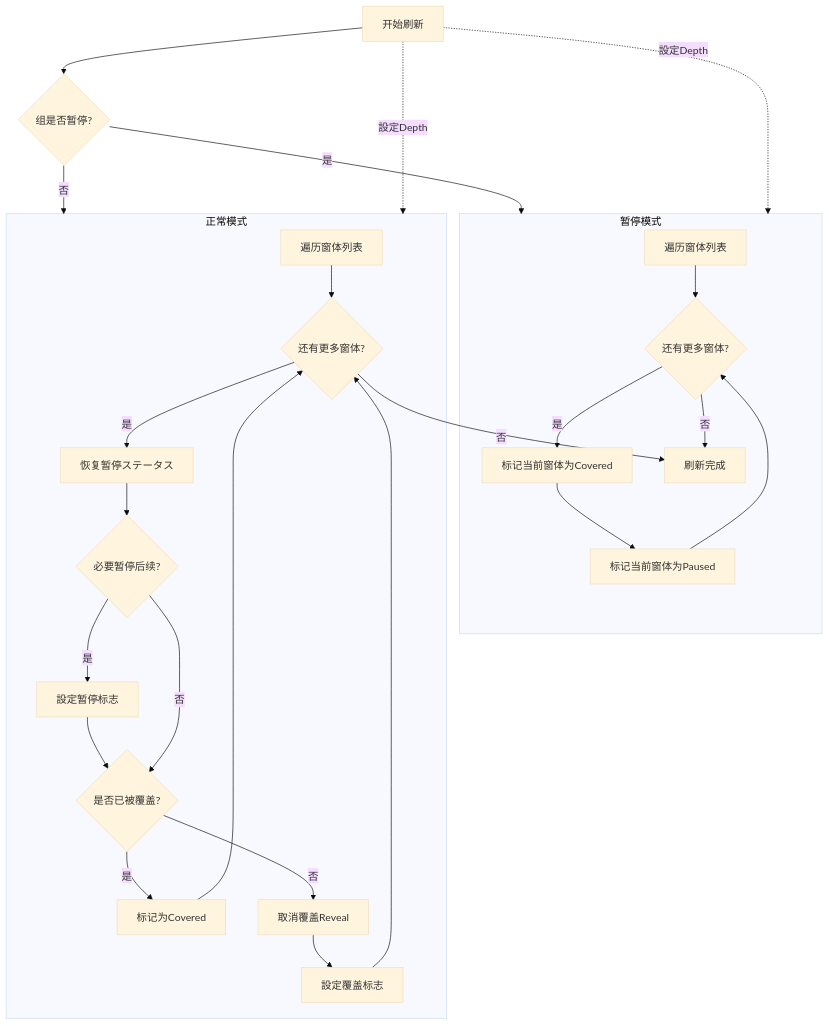
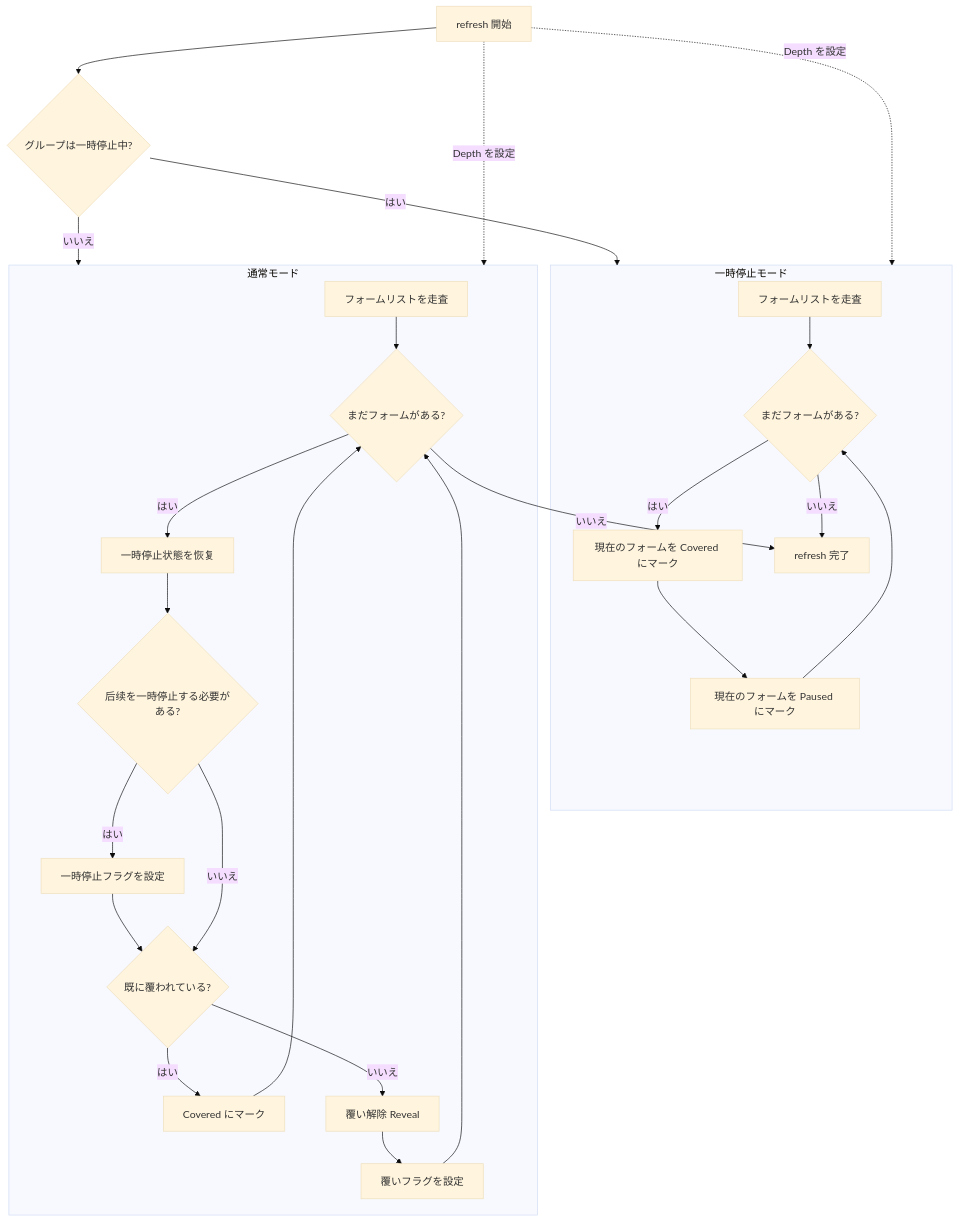
The fourth of 4 diagrams in docs/ja/client/unity/component/ui/07.ui-group.md (AlianBlank/GameFrameX.Docs), drawn with Mermaid (base theme) before and after one commit. The commit also changed other lines of this file and 320 other files, not shown here.

````diff
--- a/docs/ja/client/unity/component/ui/07.ui-group.md
+++ b/docs/ja/client/unity/component/ui/07.ui-group.md
@@ -215,33 +214,33 @@
 ```mermaid
 flowchart TD
-    Start[开始刷新] --> CheckPause{组是否暂停?}
+    Start[refresh 開始] --> CheckPause{グループは一時停止中?}
     
-    CheckPause -->|是| PauseMode[进入暂停模式]
-    CheckPause -->|否| NormalMode[进入正常模式]
+    CheckPause -->|はい| PauseMode[一時停止モードに入る]
+    CheckPause -->|いいえ| NormalMode[通常モードに入る]
     
-    subgraph PauseMode["暂停模式"]
-        PM1[遍历窗体列表] --> PM2{还有更多窗体?}
-        PM2 -->|是| PM3[标记当前窗体为Covered]
-        PM3 --> PM4[标记当前窗体为Paused]
+    subgraph PauseMode["一時停止モード"]
+        PM1[フォームリストを走査] --> PM2{まだフォームがある?}
+        PM2 -->|はい| PM3[現在のフォームを Covered にマーク]
+        PM3 --> PM4[現在のフォームを Paused にマーク]
         PM4 --> PM2
-        PM2 -->|否| End[刷新完成]
+        PM2 -->|いいえ| End[refresh 完了]
     end
     
-    subgraph NormalMode["正常模式"]
-        NM1[遍历窗体列表] --> NM2{还有更多窗体?}
-        NM2 -->|是| NM3[恢复暂停ステータス]
-        NM3 --> NM4{必要暂停后续?}
-        NM4 -->|是| NM5[設定暂停标志]
-        NM5 --> NM6{是否已被覆盖?}
-        NM4 -->|否| NM6
-        NM6 -->|是| NM7[标记为Covered]
-        NM6 -->|否| NM8[取消覆盖Reveal]
+    subgraph NormalMode["通常モード"]
+        NM1[フォームリストを走査] --> NM2{まだフォームがある?}
+        NM2 -->|はい| NM3[一時停止状態を恢复]
+        NM3 --> NM4{后续を一時停止する必要がある?}
+        NM4 -->|はい| NM5[一時停止フラグを設定]
+        NM5 --> NM6{既に覆われている?}
+        NM4 -->|いいえ| NM6
+        NM6 -->|はい| NM7[Covered にマーク]
+        NM6 -->|いいえ| NM8[覆い解除 Reveal]
         NM7 --> NM2
-        NM8 --> NM9[設定覆盖标志]
+        NM8 --> NM9[覆いフラグを設定]
         NM9 --> NM2
-        NM2 -->|否| End
+        NM2 -->|いいえ| End
     end
     
-    Start -.->|設定Depth| NormalMode
-    Start -.->|設定Depth| PauseMode
+    Start -.->|Depth を設定| NormalMode
+    Start -.->|Depth を設定| PauseMode
 ```
````
